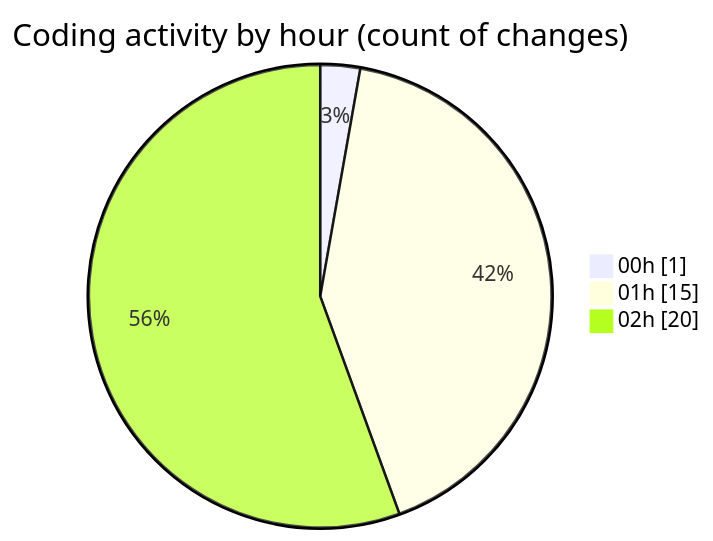
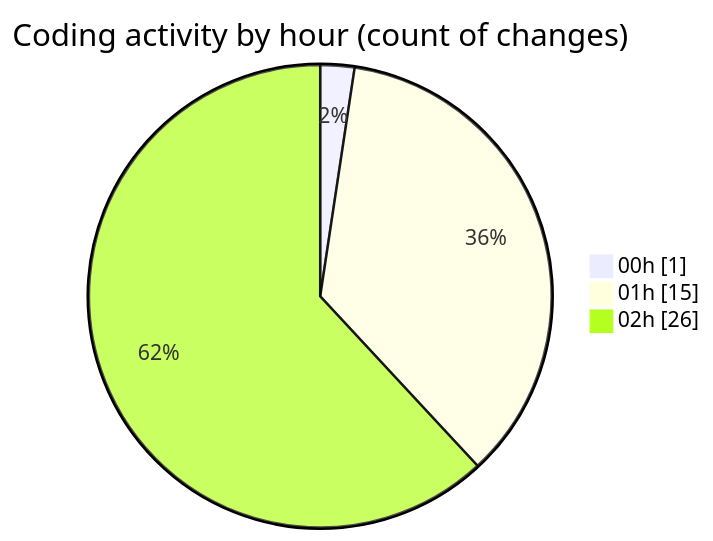
The second of 2 diagrams in 2025-05-01/niten/README.md (Elitesun/code-tracking), drawn with Mermaid before and after one commit. The commit also changed other lines of this file and 1 other file, not shown here.

````diff
--- a/2025-05-01/niten/README.md
+++ b/2025-05-01/niten/README.md
@@ -41,7 +42,7 @@
 ```mermaid
 pie showData
 title Coding activity by hour (count of changes)
 "00h" : 1
 "01h" : 15
-"02h" : 20
+"02h" : 26
 ```
````
